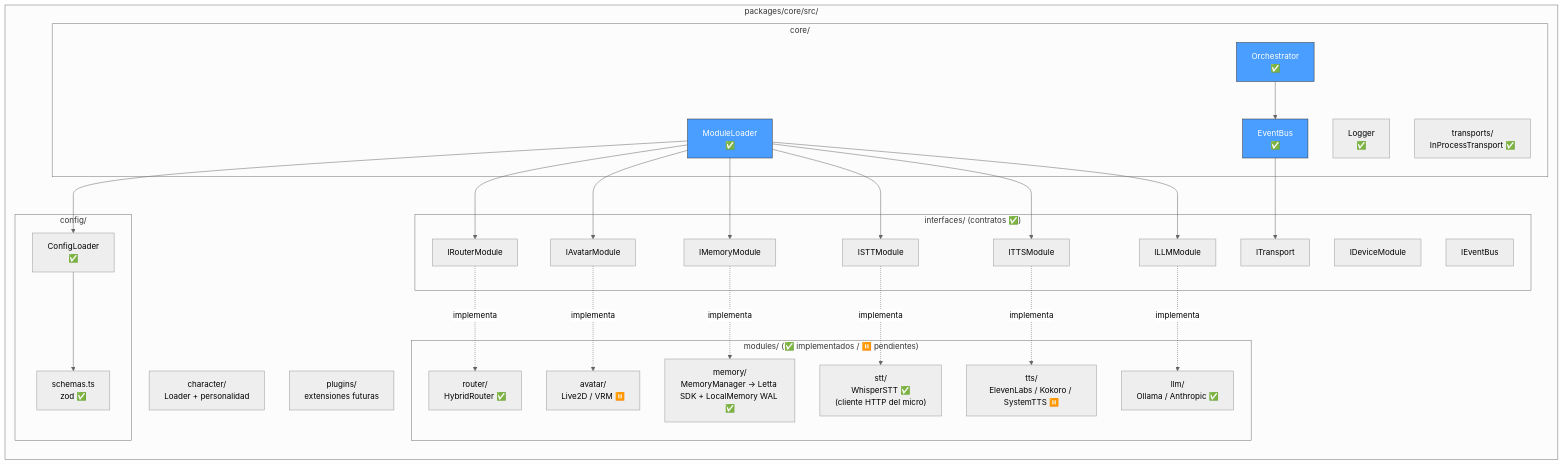
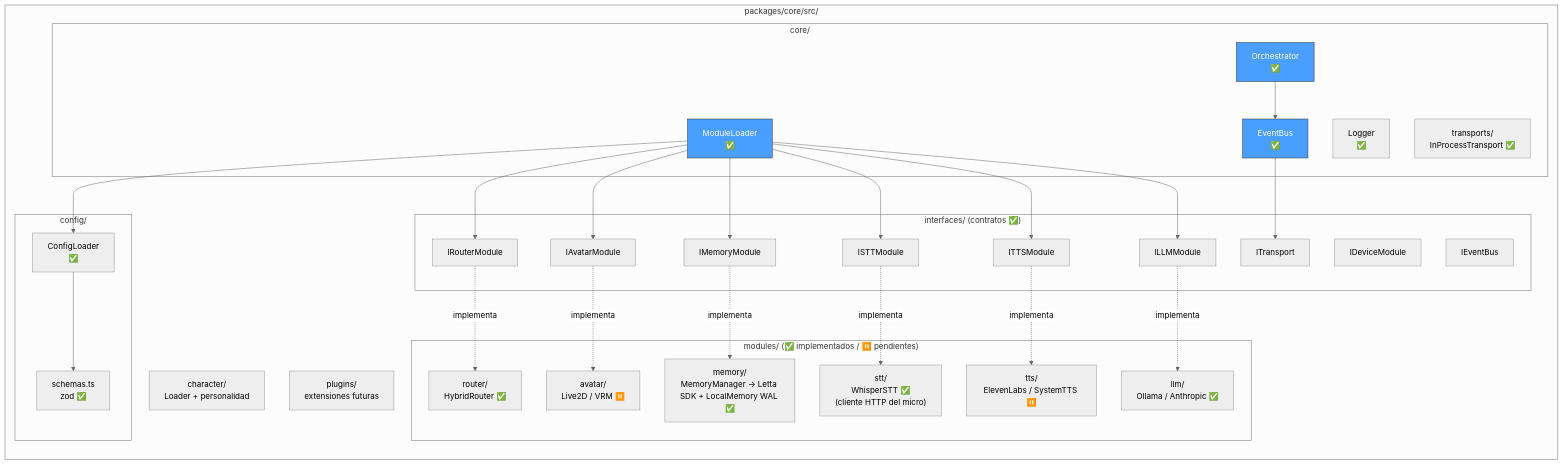
One commit to Pipelol0723/proyecto-shiro changed the second of 6 diagrams in docs/architecture.md. Above: the diagram before and after it, drawn with Mermaid (neutral theme). The commit also changed 6 other files, not shown here.

First line of the commit message:
chore(tts): quitar Kokoro de config + docs (ADR 0020)

````diff
--- a/docs/architecture.md
+++ b/docs/architecture.md
@@ -68,65 +68,65 @@
 ```mermaid
 graph LR
     subgraph "packages/core/src/"
         subgraph "core/"
             EventBus[EventBus<br>✅]
             Orchestrator[Orchestrator<br>✅]
             ModuleLoader[ModuleLoader<br>✅]
             Logger[Logger<br>✅]
             Transports[transports/<br>InProcessTransport ✅]
         end
 
         subgraph "config/"
             Schemas[schemas.ts<br>zod ✅]
             ConfigLoader[ConfigLoader<br>✅]
         end
 
         subgraph "interfaces/ (contratos ✅)"
             ILLM[ILLMModule]
             ITTS[ITTSModule]
             ISTT[ISTTModule]
             IMem[IMemoryModule]
             IAv[IAvatarModule]
             IRou[IRouterModule]
             IDev[IDeviceModule]
             ITrans[ITransport]
             IBus[IEventBus]
         end
 
         subgraph "modules/ (✅ implementados / ⏸️ pendientes)"
             STT["stt/<br>WhisperSTT ✅<br>(cliente HTTP del micro)"]
-            TTS[tts/<br>ElevenLabs / Kokoro / SystemTTS ⏸️]
+            TTS[tts/<br>ElevenLabs / SystemTTS ⏸️]
             LLM[llm/<br>Ollama / Anthropic ✅]
             Mem[memory/<br>MemoryManager → Letta SDK + LocalMemory WAL ✅]
             Av[avatar/<br>Live2D / VRM ⏸️]
             Rou[router/<br>HybridRouter ✅]
         end
 
         Character[character/<br>Loader + personalidad]
         Plugins[plugins/<br>extensiones futuras]
     end
 
     ModuleLoader --> ILLM
     ModuleLoader --> ITTS
     ModuleLoader --> ISTT
     ModuleLoader --> IMem
     ModuleLoader --> IAv
     ModuleLoader --> IRou
 
     ConfigLoader --> Schemas
     ModuleLoader --> ConfigLoader
 
     ILLM -.implementa.-> LLM
     ITTS -.implementa.-> TTS
     ISTT -.implementa.-> STT
     IMem -.implementa.-> Mem
     IAv -.implementa.-> Av
     IRou -.implementa.-> Rou
 
     Orchestrator --> EventBus
     EventBus --> ITrans
 
     style EventBus fill:#4a9eff,stroke:#333,color:#fff
     style Orchestrator fill:#4a9eff,stroke:#333,color:#fff
     style ModuleLoader fill:#4a9eff,stroke:#333,color:#fff
 ```
````
